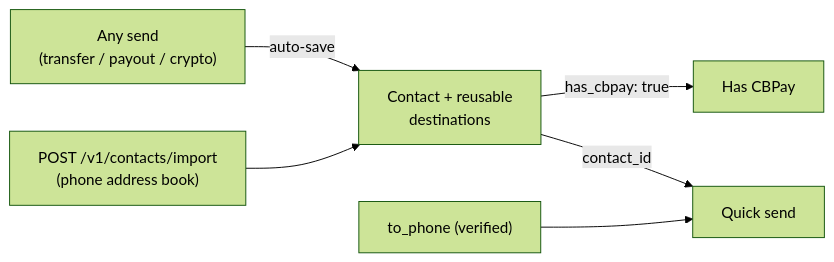
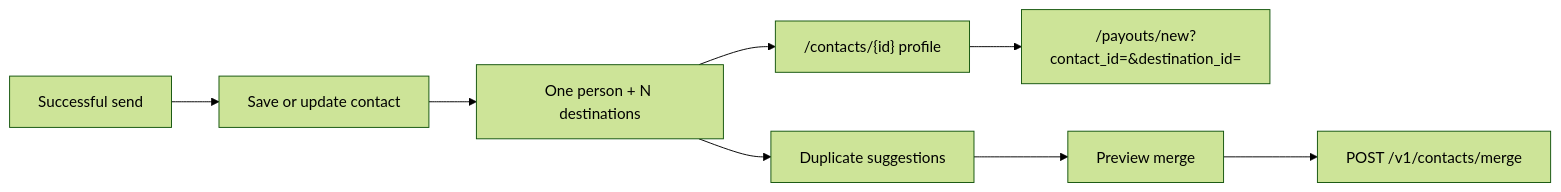
One commit to CBpayapp/cbpay-docs changed the diagram in mcp-pack/guides/en/guides/contacts.md. Above: the diagram before and after it, drawn with Mermaid (forest theme). The commit also changed other lines of this file and 25 other files, not shown here.

First line of the commit message:
docs(cbpay): publish unified contacts guide

````diff
--- a/mcp-pack/guides/en/guides/contacts.md
+++ b/mcp-pack/guides/en/guides/contacts.md
@@ -16,8 +12,10 @@
 ```mermaid
 flowchart LR
-    send["Any send<br/>(transfer / payout / crypto)"] -->|"auto-save"| contact["Contact + reusable<br/>destinations"]
-    book["POST /v1/contacts/import<br/>(phone address book)"] --> contact
-    contact -->|"has_cbpay: true"| cbpay["Has CBPay"]
-    contact -->|"contact_id"| send2["Quick send"]
-    phone["to_phone (verified)"] --> send2
+  send["Successful send"] --> save["Save or update contact"]
+  save --> book["One person + N destinations"]
+  book --> profile["/contacts/{id} profile"]
+  profile --> payout["/payouts/new?contact_id=&destination_id="]
+  book --> dup["Duplicate suggestions"]
+  dup --> preview["Preview merge"]
+  preview --> merge["POST /v1/contacts/merge"]
 ```
````
